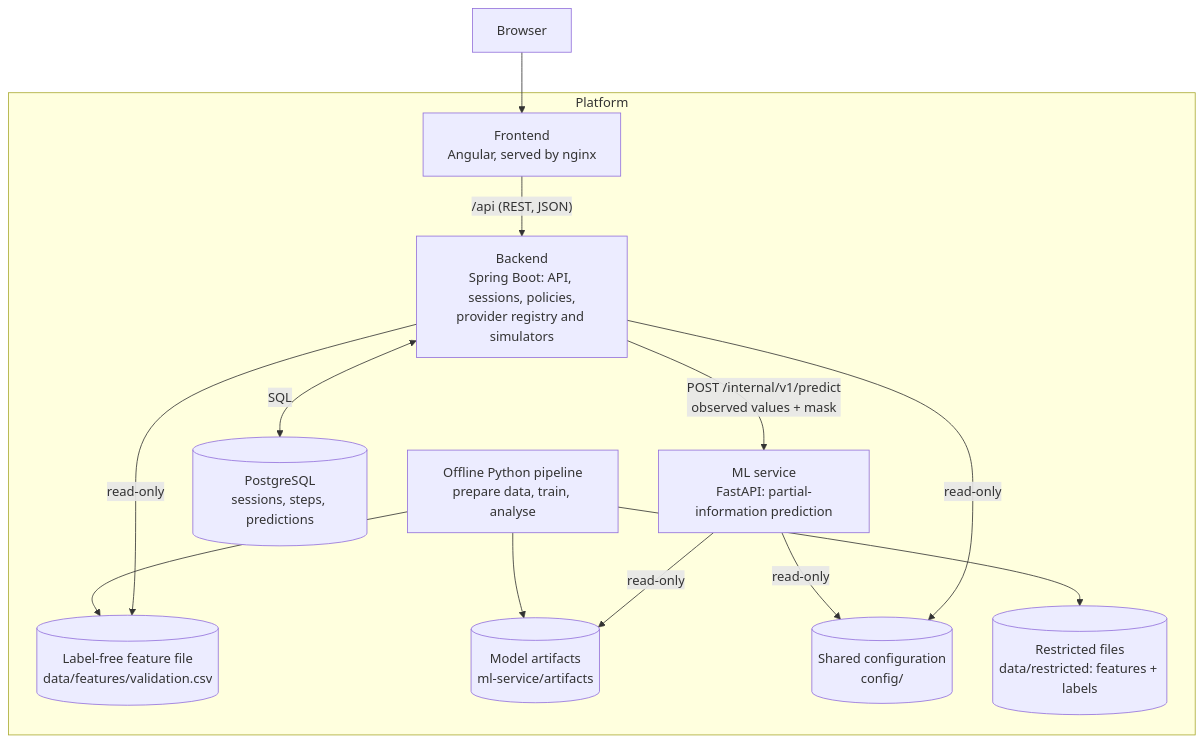
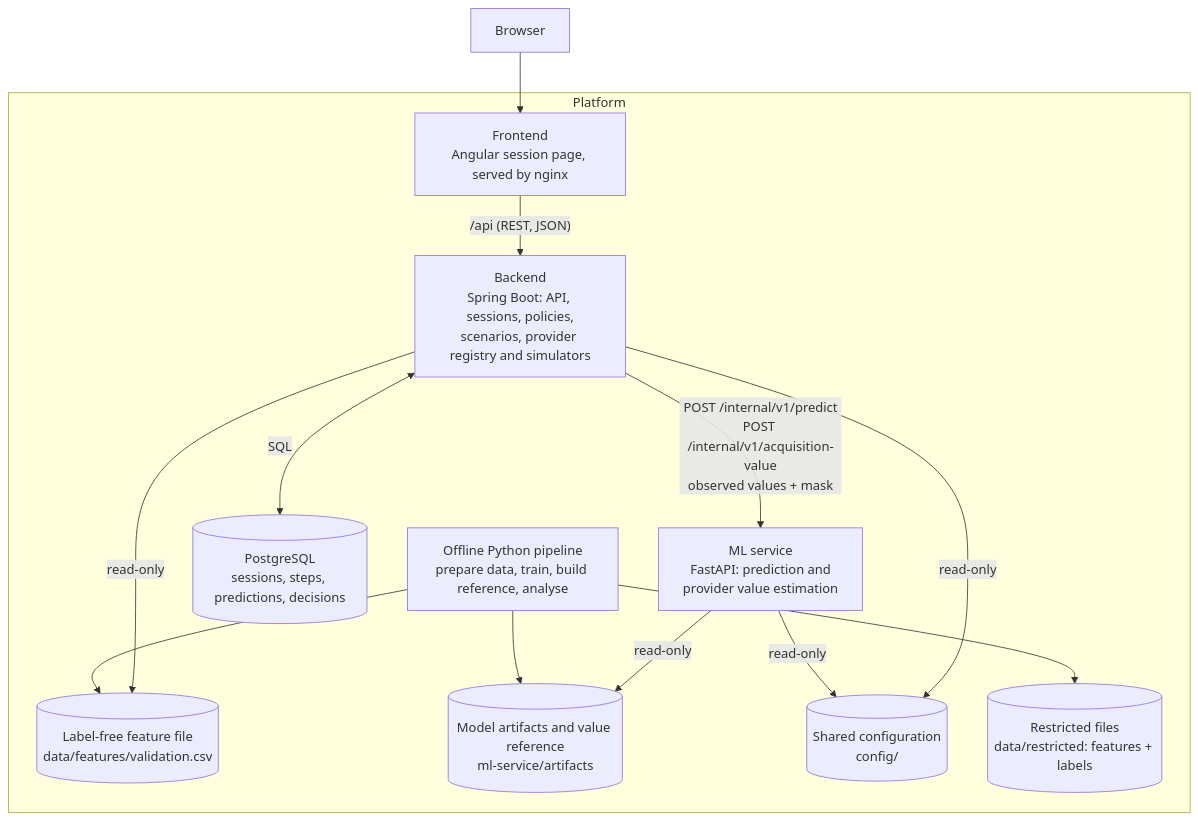
Before and after one commit to KseniiaMakarova/provider-aware-acquisition: the second of 8 diagrams in docs/architecture.md, drawn with Mermaid. The commit also changed other lines of this file and 3 other files, not shown here.

````diff
--- a/docs/architecture.md
+++ b/docs/architecture.md
@@ -31,26 +32,26 @@
 ```mermaid
 flowchart TB
     U["Browser"]
     subgraph Platform
-        FE["Frontend<br/>Angular, served by nginx"]
-        BE["Backend<br/>Spring Boot: API, sessions, policies,<br/>provider registry and simulators"]
-        ML["ML service<br/>FastAPI: partial-information prediction"]
-        DB[("PostgreSQL<br/>sessions, steps, predictions")]
+        FE["Frontend<br/>Angular session page, served by nginx"]
+        BE["Backend<br/>Spring Boot: API, sessions, policies,<br/>scenarios, provider registry and simulators"]
+        ML["ML service<br/>FastAPI: prediction and<br/>provider value estimation"]
+        DB[("PostgreSQL<br/>sessions, steps, predictions, decisions")]
         FEAT[("Label-free feature file<br/>data/features/validation.csv")]
-        ART[("Model artifacts<br/>ml-service/artifacts")]
+        ART[("Model artifacts and value reference<br/>ml-service/artifacts")]
         CFG[("Shared configuration<br/>config/")]
-        OFF["Offline Python pipeline<br/>prepare data, train, analyse"]
+        OFF["Offline Python pipeline<br/>prepare data, train, build reference, analyse"]
         RAW[("Restricted files<br/>data/restricted: features + labels")]
     end
     U --> FE
     FE -->|"/api (REST, JSON)"| BE
-    BE -->|"POST /internal/v1/predict<br/>observed values + mask"| ML
+    BE -->|"POST /internal/v1/predict<br/>POST /internal/v1/acquisition-value<br/>observed values + mask"| ML
     BE <-->|"SQL"| DB
     BE -->|"read-only"| FEAT
     BE -->|"read-only"| CFG
     ML -->|"read-only"| ART
     ML -->|"read-only"| CFG
     OFF --> RAW
     OFF --> FEAT
     OFF --> ART
 ```
````
